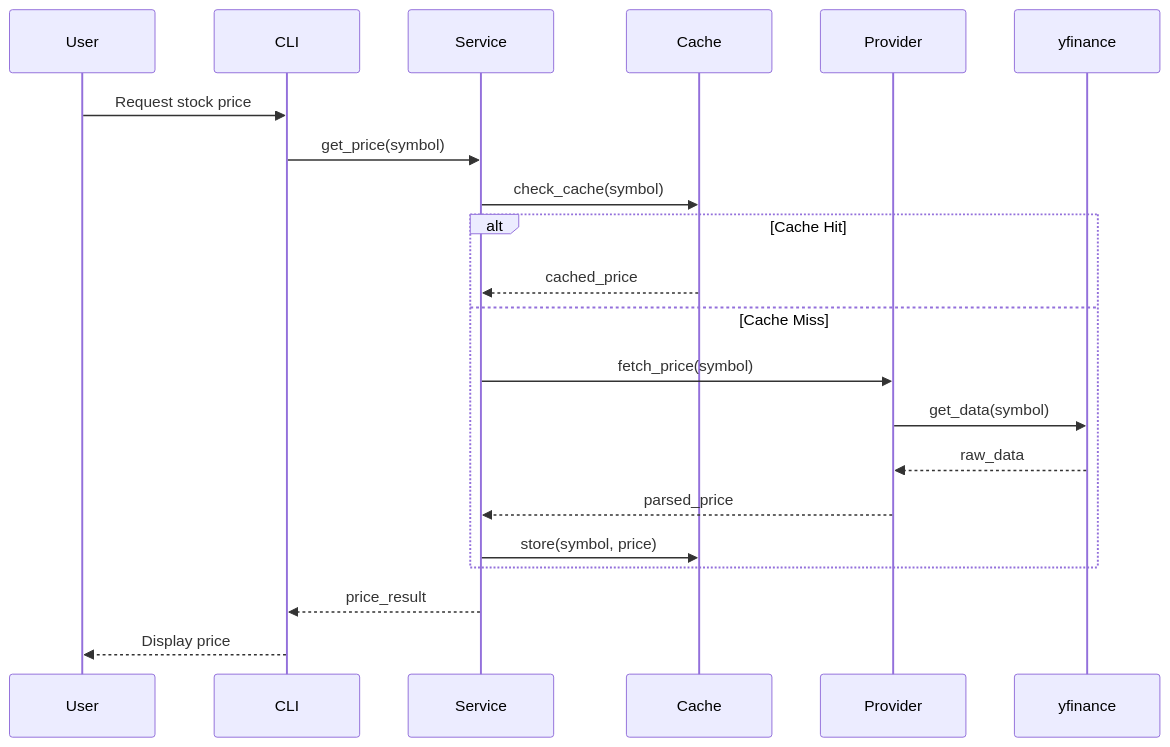
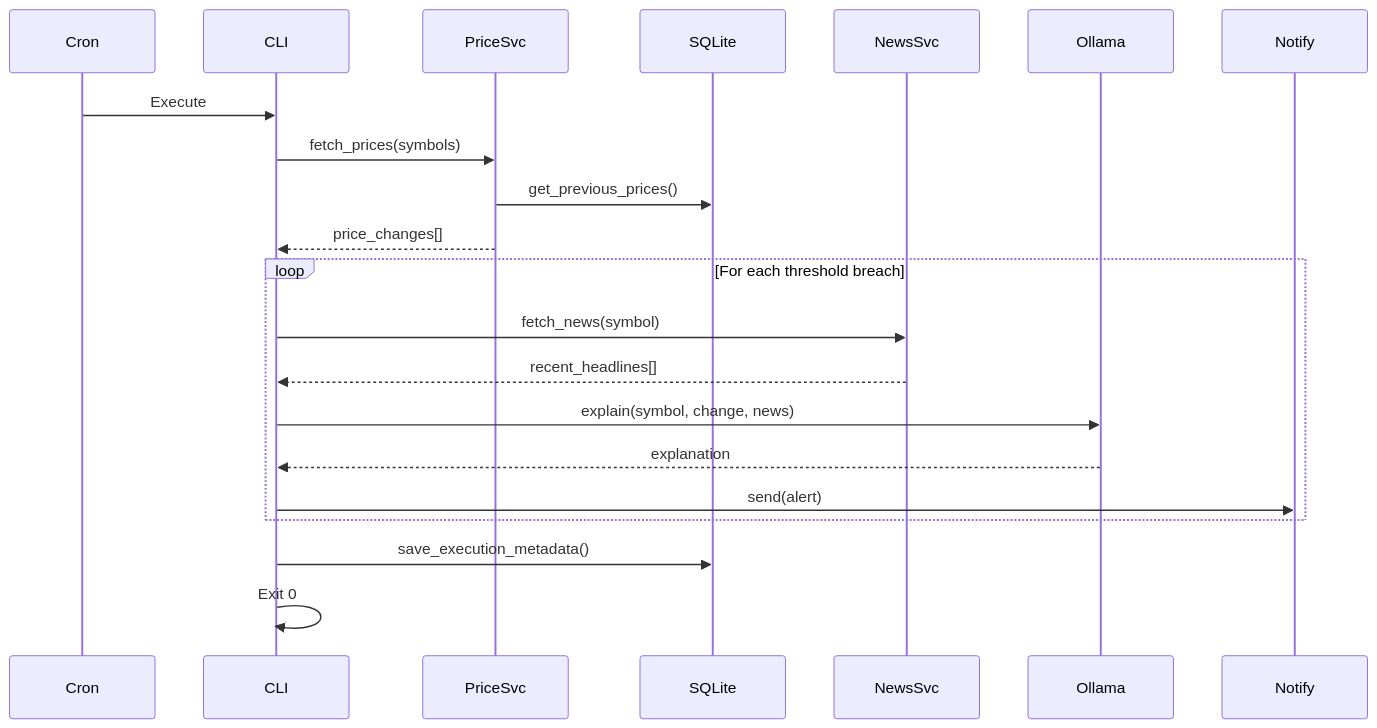
The second of 4 diagrams in .cursor/architecture.md (ramonbnuezjr/stock_tracker_agent), drawn with Mermaid before and after one commit. The commit also changed other lines of this file and 39 other files, not shown here.

````diff
--- a/.cursor/architecture.md
+++ b/.cursor/architecture.md
@@ -59,26 +59,26 @@
 ```mermaid
 sequenceDiagram
-    participant User
+    participant Cron
     participant CLI
-    participant Service
-    participant Cache
-    participant Provider
-    participant API as yfinance
+    participant PriceSvc
+    participant DB as SQLite
+    participant NewsSvc
+    participant LLM as Ollama
+    participant Notify
 
-    User->>CLI: Request stock price
-    CLI->>Service: get_price(symbol)
-    Service->>Cache: check_cache(symbol)
+    Cron->>CLI: Execute
+    CLI->>PriceSvc: fetch_prices(symbols)
+    PriceSvc->>DB: get_previous_prices()
+    PriceSvc-->>CLI: price_changes[]
     
-    alt Cache Hit
-        Cache-->>Service: cached_price
-    else Cache Miss
-        Service->>Provider: fetch_price(symbol)
-        Provider->>API: get_data(symbol)
-        API-->>Provider: raw_data
-        Provider-->>Service: parsed_price
-        Service->>Cache: store(symbol, price)
+    loop For each threshold breach
+        CLI->>NewsSvc: fetch_news(symbol)
+        NewsSvc-->>CLI: recent_headlines[]
+        CLI->>LLM: explain(symbol, change, news)
+        LLM-->>CLI: explanation
+        CLI->>Notify: send(alert)
     end
     
-    Service-->>CLI: price_result
-    CLI-->>User: Display price
+    CLI->>DB: save_execution_metadata()
+    CLI->>CLI: Exit 0
 ```
````
